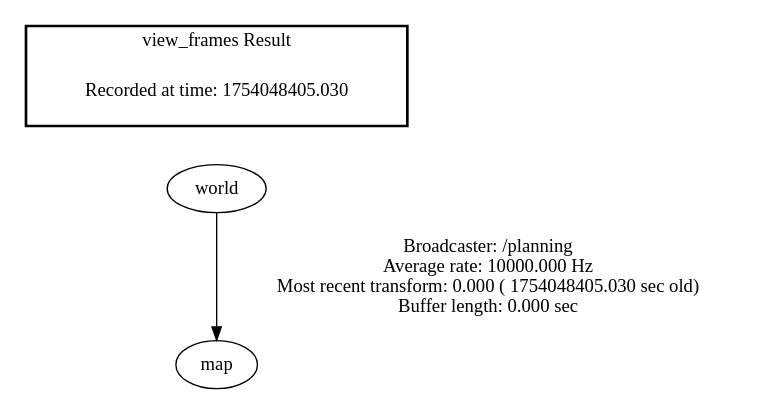
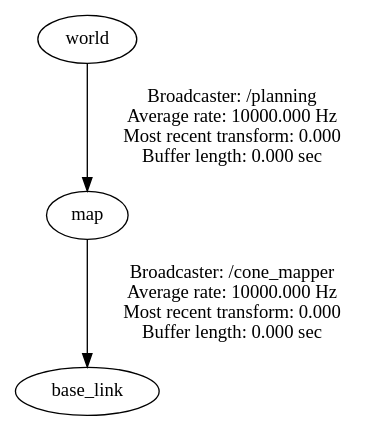
Before and after one commit to SimonYang0136/Final_hw: the diagram in Gazebo_ws/frames.gv, drawn with Graphviz. The commit also changed 4 other files, not shown here.

```diff
--- a/Gazebo_ws/frames.gv
+++ b/Gazebo_ws/frames.gv
@@ -1,7 +1,4 @@
 digraph G {
-"world" -> "map"[label="Broadcaster: /planning\nAverage rate: 10000.000 Hz\nMost recent transform: 0.000 ( 1754048405.030 sec old)\nBuffer length: 0.000 sec\n"];
-edge [style=invis];
- subgraph cluster_legend { style=bold; color=black; label ="view_frames Result";
-"Recorded at time: 1754048405.030"[ shape=plaintext ] ;
- }->"world";
+"world" -> "map"[label="Broadcaster: /planning\nAverage rate: 10000.000 Hz\nMost recent transform: 0.000 \nBuffer length: 0.000 sec\n"];
+"map" -> "base_link"[label="Broadcaster: /cone_mapper\nAverage rate: 10000.000 Hz\nMost recent transform: 0.000 \nBuffer length: 0.000 sec\n"];
 }
```
